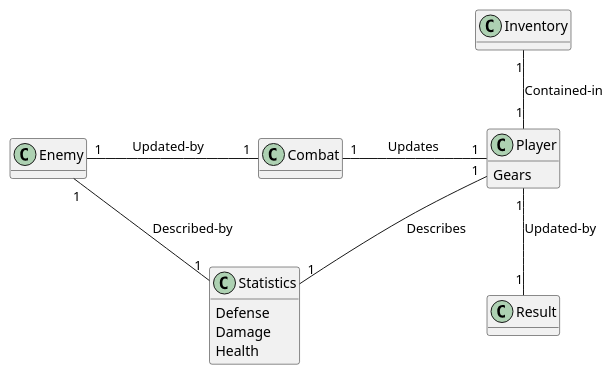
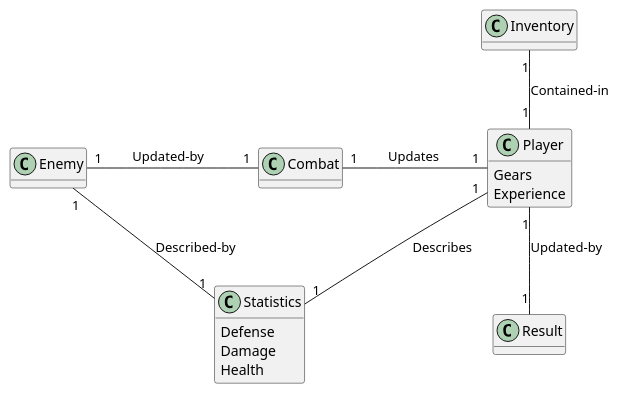
The diagram in doc/design.md (BillCheng9/Steampunk-Game), drawn with PlantUML before and after one commit.

Commit message:
Added experience attribute to player class

````diff
--- a/doc/design.md
+++ b/doc/design.md
@@ -1,32 +1,33 @@
 ```plantuml
 <style>
 diamond {
   BackgroundColor White
 }
 </style>
 
 hide Menu
 hide empty methods
 
 ' classes
 class Combat{
 }
 class Player{
 Gears
+Experience
 }
 class Enemy{
 }
 class Statistics{
 Defense
 Damage
 Health
 }
 
 ' associations
 Combat "1" - "1" Player : \tUpdates\t\t
 Combat "1" -left- "1" Enemy : \tUpdated-by\t\t
 Player "1" -down- "1" Statistics : Describes\t\t
 Enemy "1" -down- "1" Statistics : Described-by\t\t
 Player "1" -up- "1" Inventory : Contained-in\t
 Player "1" -down- "1" Result : Updated-by\t
 ```
````
